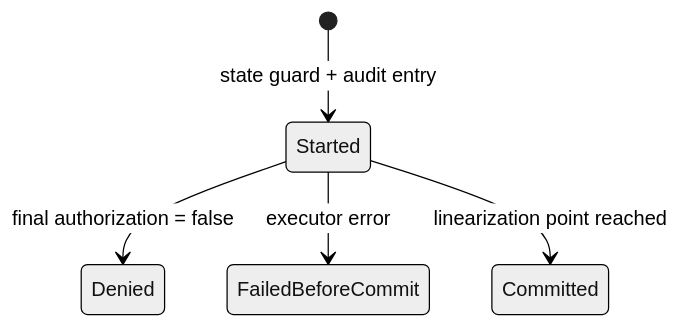
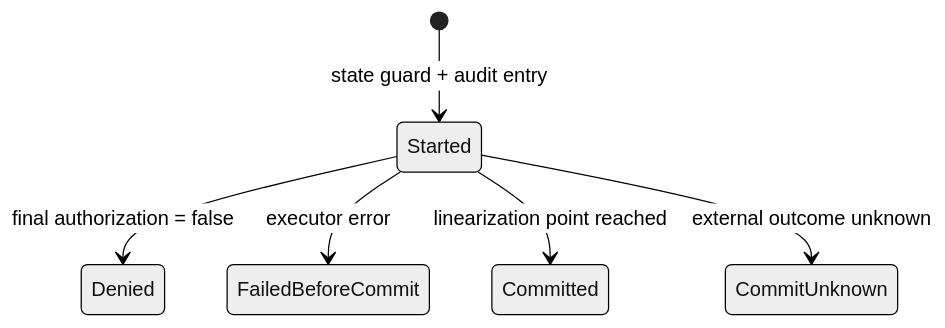
One commit to Aqua-218/SecCamp-AIAgent changed the diagram in docs/authority-core/audit-records.md. Above: the diagram before and after it, drawn with Mermaid (neutral theme). The commit also changed other lines of this file, not shown here.

First line of the commit message:
docs(authority-core): name the classified entry point and the unknown outcome

````diff
--- a/docs/authority-core/audit-records.md
+++ b/docs/authority-core/audit-records.md
@@ -26,7 +26,8 @@
 ```mermaid
 stateDiagram-v2
     [*] --> Started: state guard + audit entry
     Started --> Denied: final authorization = false
     Started --> FailedBeforeCommit: executor error
     Started --> Committed: linearization point reached
+    Started --> CommitUnknown: external outcome unknown
 ```
````
